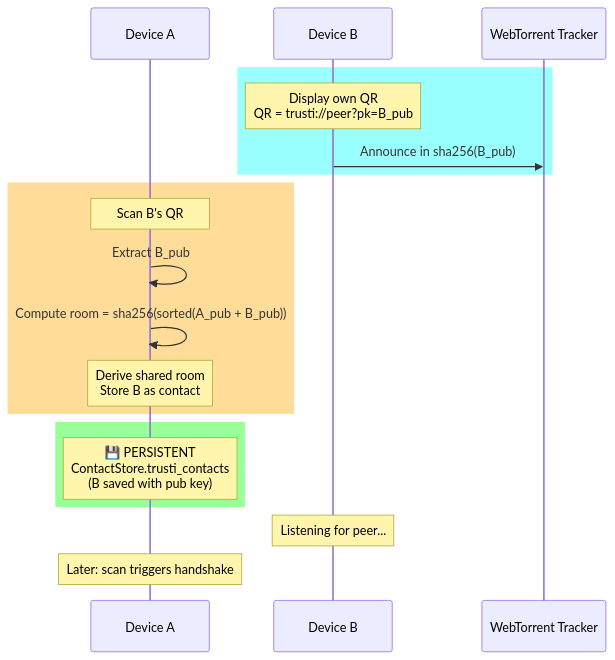
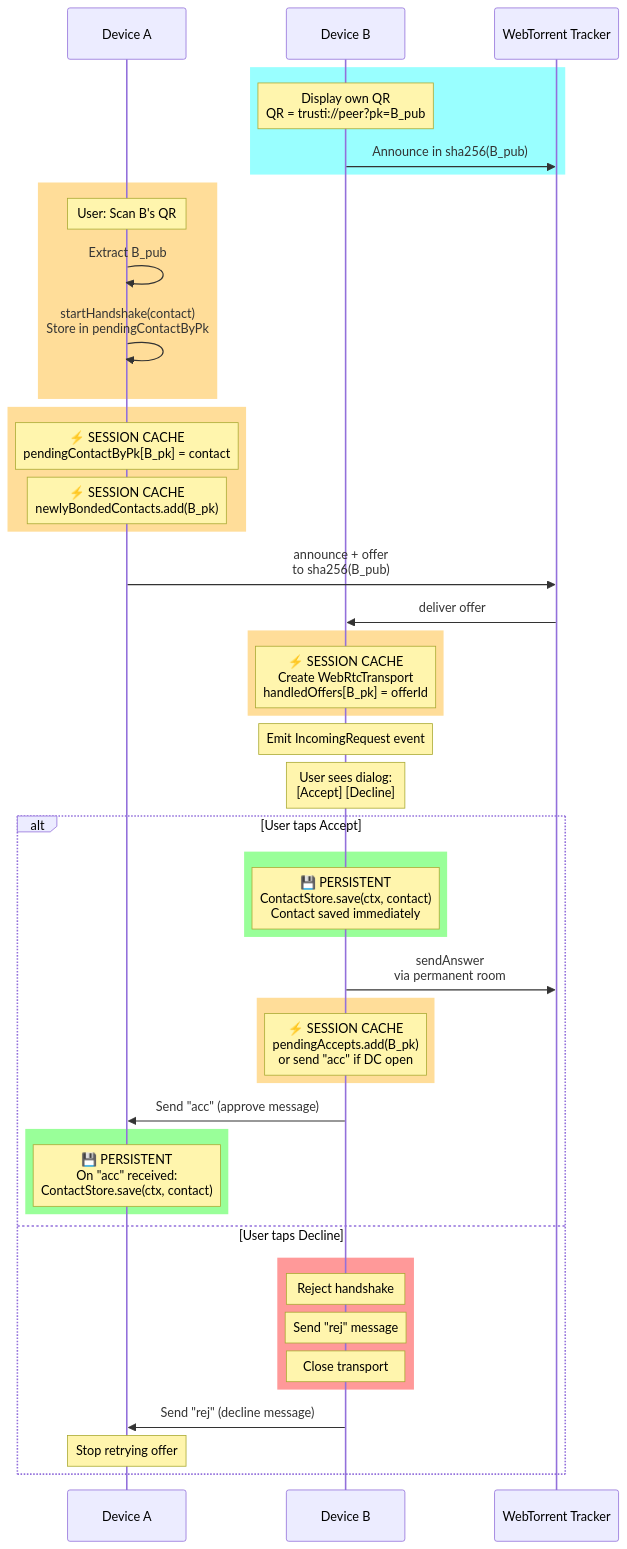
One commit to davidevecchi/TruSTI changed the second of 8 diagrams in README.md. Above: the diagram before and after it, drawn with Mermaid. The commit also changed other lines of this file, not shown here.

````diff
--- a/README.md
+++ b/README.md
@@ -95,25 +95,60 @@
 ```mermaid
 sequenceDiagram
     participant A as Device A
     participant B as Device B
     participant Tracker as WebTorrent Tracker
 
     rect rgba(0, 255, 255, 0.4)
     Note over B: Display own QR<br/>QR = trusti://peer?pk=B_pub
     B->>Tracker: Announce in sha256(B_pub)
     end
 
     rect rgba(255, 170, 0, 0.4)
-    Note over A: Scan B's QR
+    Note over A: User: Scan B's QR
     A->>A: Extract B_pub
-    A->>A: Compute room = sha256(sorted(A_pub + B_pub))
-    Note over A: Derive shared room<br/>Store B as contact
+    A->>A: startHandshake(contact)<br/>Store in pendingContactByPk
     end
 
-    rect rgba(0, 255, 0, 0.4)
-    Note over A: 💾 PERSISTENT<br/>ContactStore.trusti_contacts<br/>(B saved with pub key)
+    rect rgba(255, 170, 0, 0.4)
+    Note over A: ⚡ SESSION CACHE<br/>pendingContactByPk[B_pk] = contact
+    Note over A: ⚡ SESSION CACHE<br/>newlyBondedContacts.add(B_pk)
     end
 
-    Note over B: Listening for peer...
-    Note over A: Later: scan triggers handshake
+    A->>Tracker: announce + offer<br/>to sha256(B_pub)
+    Tracker->>B: deliver offer
+
+    rect rgba(255, 170, 0, 0.4)
+    Note over B: ⚡ SESSION CACHE<br/>Create WebRtcTransport<br/>handledOffers[B_pk] = offerId
+    end
+
+    Note over B: Emit IncomingRequest event
+    Note over B: User sees dialog:<br/>[Accept] [Decline]
+
+    alt User taps Accept
+        rect rgba(0, 255, 0, 0.4)
+        Note over B: 💾 PERSISTENT<br/>ContactStore.save(ctx, contact)<br/>Contact saved immediately
+        end
+
+        B->>Tracker: sendAnswer<br/>via permanent room
+
+        rect rgba(255, 170, 0, 0.4)
+        Note over B: ⚡ SESSION CACHE<br/>pendingAccepts.add(B_pk)<br/>or send "acc" if DC open
+        end
+
+        B->>A: Send "acc" (approve message)
+
+        rect rgba(0, 255, 0, 0.4)
+        Note over A: 💾 PERSISTENT<br/>On "acc" received:<br/>ContactStore.save(ctx, contact)
+        end
+
+    else User taps Decline
+        rect rgba(255, 0, 0, 0.4)
+        Note over B: Reject handshake
+        Note over B: Send "rej" message
+        Note over B: Close transport
+        end
+
+        B->>A: Send "rej" (decline message)
+        Note over A: Stop retrying offer
+    end
 ```
````
